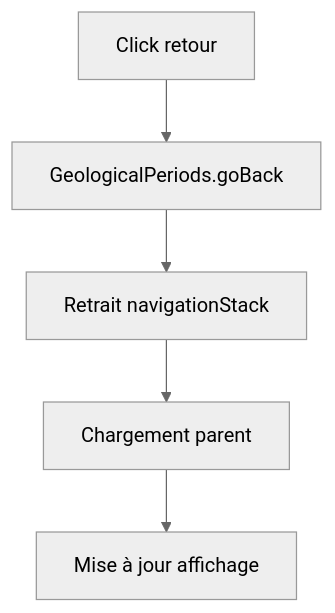
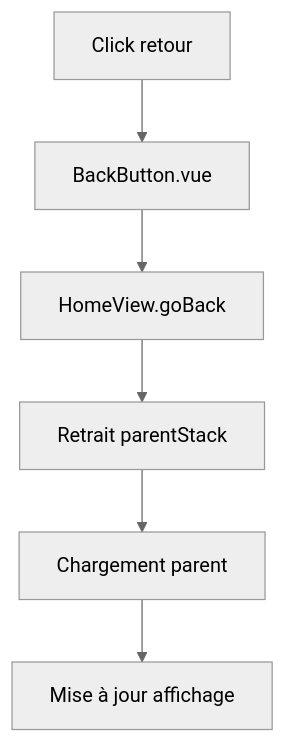
One commit to flobutbut/UniversalTimeline changed the third of 9 diagrams in Documentation-flux-donnees.md. Above: the diagram before and after it, drawn with Mermaid (neutral theme). The commit also changed other lines of this file and 5 other files, not shown here.

First line of the commit message:
refactor: Documentation complète mise à jour et fidèle à la codebase

````diff
--- a/Documentation-flux-donnees.md
+++ b/Documentation-flux-donnees.md
@@ -45,7 +65,8 @@
 ```mermaid
 graph TD
-    A[Click retour] --> B[GeologicalPeriods.goBack]
-    B --> C[Retrait navigationStack]
-    C --> D[Chargement parent]
-    D --> E[Mise à jour affichage]
+    A[Click retour] --> B[BackButton.vue]
+    B --> C[HomeView.goBack]
+    C --> D[Retrait parentStack]
+    D --> E[Chargement parent]
+    E --> F[Mise à jour affichage]
 ```
````
